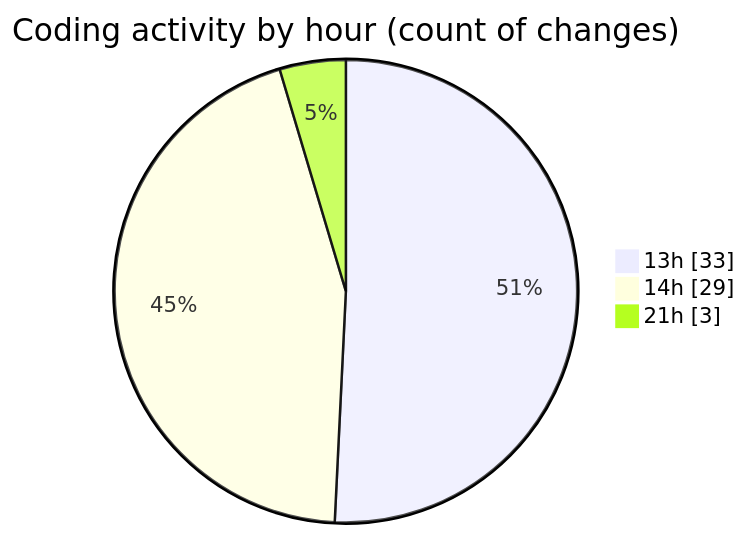
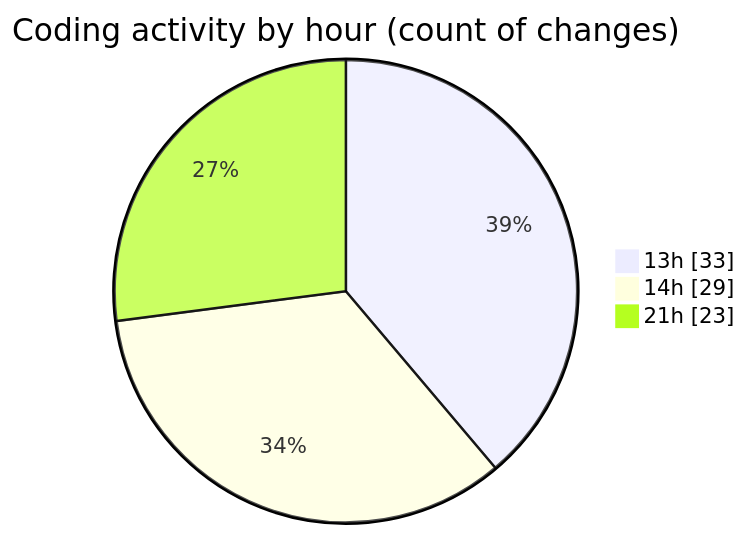
Before and after one commit to lephambinh05/code-tracking: the second of 2 diagrams in 2025-09-13/hiai-phf/README.md, drawn with Mermaid. The commit also changed other lines of this file and 1 other file, not shown here.

````diff
--- a/2025-09-13/hiai-phf/README.md
+++ b/2025-09-13/hiai-phf/README.md
@@ -39,7 +42,7 @@
 ```mermaid
 pie showData
 title Coding activity by hour (count of changes)
 "13h" : 33
 "14h" : 29
-"21h" : 3
+"21h" : 23
 ```
````
